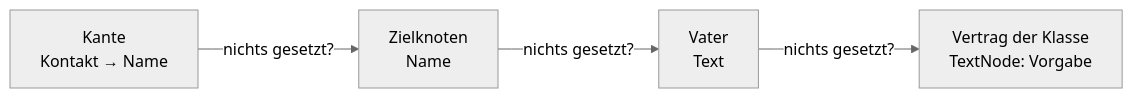
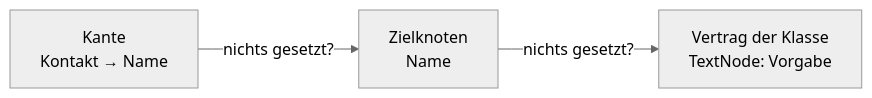
One commit to sfambach/wp-taxonomy-modeler changed the ninth of 10 diagrams in docs/einstellungen-von-null.md. Above: the diagram before and after it, drawn with Mermaid (neutral theme). The commit also changed other lines of this file, not shown here.

Commit message:
Einstellungen von null: der Schritt zurueck - keine Wertvererbung zwischen Knoten, Klasse liefert die Einstellungen, Kategorie ist die Vorwahl; Z3 = ergaenzen mit aenderbarer Reihenfolge (Z3a offen), Z4 faellt

````diff
--- a/docs/einstellungen-von-null.md
+++ b/docs/einstellungen-von-null.md
@@ -614,6 +616,5 @@
 ```mermaid
 flowchart LR
   K["Kante<br/>Kontakt → Name"] -->|"nichts gesetzt?"| Z["Zielknoten<br/>Name"]
-  Z -->|"nichts gesetzt?"| V["Vater<br/>Text"]
-  V -->|"nichts gesetzt?"| C["Vertrag der Klasse<br/>TextNode: Vorgabe"]
+  Z -->|"nichts gesetzt?"| C["Vertrag der Klasse<br/>TextNode: Vorgabe"]
 ```
````
